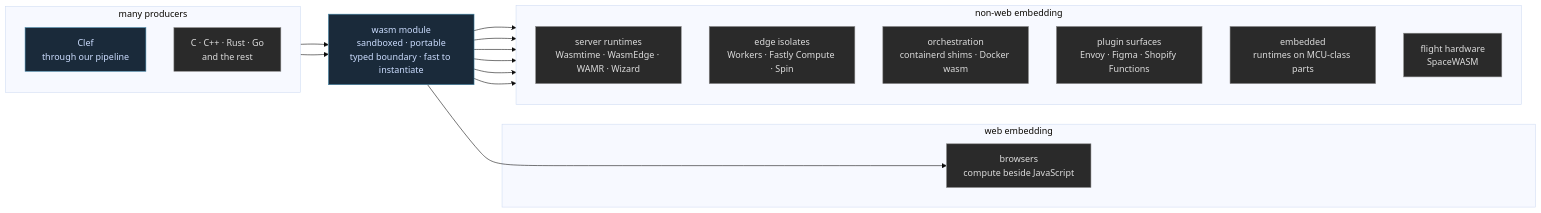
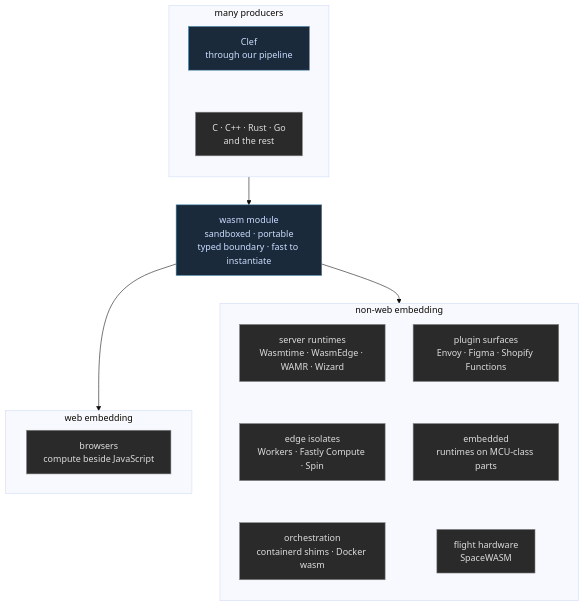
One commit to FidelityFramework/clef-lang-site changed the first of 3 diagrams in hugo/content/docs/design/wasm-targeting/one-module-many-hosts.md. Above: the diagram before and after it, drawn with Mermaid (base theme). The commit also changed other lines of this file and 1 other file, not shown here.

Commit message:
Fix mermaid orientation

````diff
--- a/hugo/content/docs/design/wasm-targeting/one-module-many-hosts.md
+++ b/hugo/content/docs/design/wasm-targeting/one-module-many-hosts.md
@@ -13,34 +13,31 @@
 ```mermaid
-flowchart LR
+flowchart TD
     subgraph SRC["many producers"]
         direction TB
         CLEF["Clef<br/>through our pipeline"]
         OTH["C · C++ · Rust · Go<br/>and the rest"]
     end
     MOD["wasm module<br/>sandboxed · portable<br/>typed boundary · fast to instantiate"]
     subgraph WEBB["web embedding"]
         BR["browsers<br/>compute beside JavaScript"]
     end
     subgraph NONWEB["non-web embedding"]
         direction TB
         SRV["server runtimes<br/>Wasmtime · WasmEdge · WAMR · Wizard"]
         EDGE["edge isolates<br/>Workers · Fastly Compute · Spin"]
         ORCH["orchestration<br/>containerd shims · Docker wasm"]
         PLUG["plugin surfaces<br/>Envoy · Figma · Shopify Functions"]
         EMB["embedded<br/>runtimes on MCU-class parts"]
         SPACE["flight hardware<br/>SpaceWASM"]
     end
-    CLEF --> MOD
-    OTH --> MOD
-    MOD --> BR
-    MOD --> SRV
-    MOD --> EDGE
-    MOD --> ORCH
-    MOD --> PLUG
-    MOD --> EMB
-    MOD --> SPACE
+    CLEF ~~~ OTH
+    SRV ~~~ EDGE ~~~ ORCH
+    PLUG ~~~ EMB ~~~ SPACE
+    SRC --> MOD
+    MOD --> WEBB
+    MOD --> NONWEB
     classDef ours fill:#1a2a3a,stroke:#48a,color:#cdf;
     classDef theirs fill:#2a2a2a,stroke:#888,color:#ddd;
     class CLEF,MOD ours;
     class OTH,BR,SRV,EDGE,ORCH,PLUG,EMB,SPACE theirs;
 ```
````
